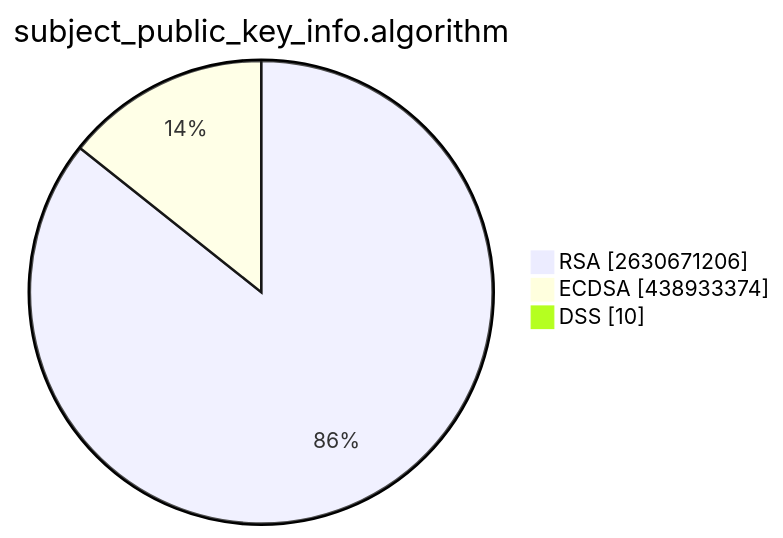
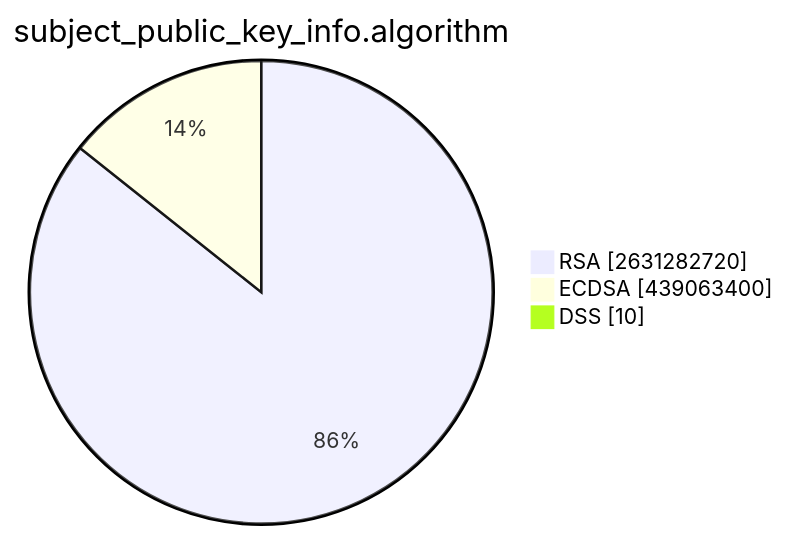
One commit to christiankrug/ctmonitor_visualization changed the second of 15 diagrams in TOTAL/README.md. Above: the diagram before and after it, drawn with Mermaid. The commit also changed other lines of this file, not shown here.

````diff
--- a/TOTAL/README.md
+++ b/TOTAL/README.md
@@ -6,7 +6,7 @@
 ```mermaid
 pie showData
 title subject_public_key_info.algorithm
-"RSA" :2630671206
-"ECDSA" :438933374
+"RSA" :2631282720
+"ECDSA" :439063400
 "DSS" :10
 ```
````
